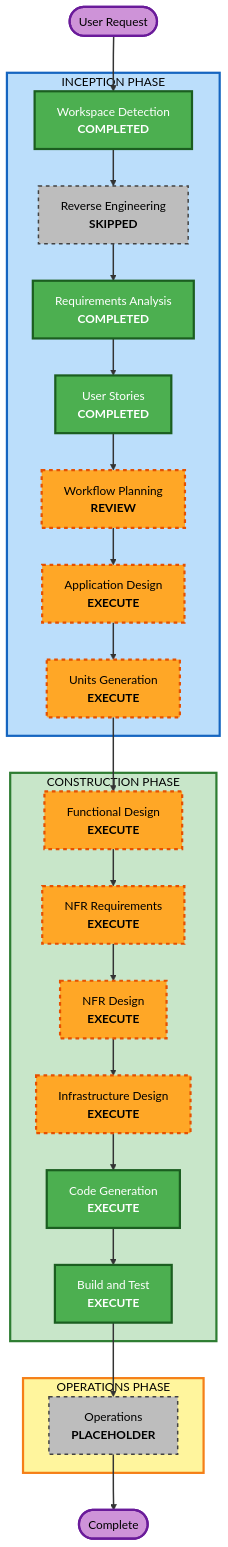
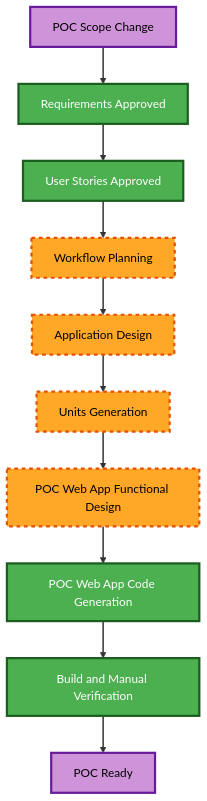
One commit to sameerb99x/ai-dlc-dungeon-generator changed the diagram in aidlc-docs/inception/plans/execution-plan.md. Above: the diagram before and after it, drawn with Mermaid. The commit also changed other lines of this file and 48 other files, not shown here.

Commit message:
build: add playable dungeon generator poc

````diff
--- a/aidlc-docs/inception/plans/execution-plan.md
+++ b/aidlc-docs/inception/plans/execution-plan.md
@@ -63,65 +21,24 @@
 ```mermaid
 flowchart TD
-    Start(["User Request"])
+    Start["POC Scope Change"] --> Req["Requirements Approved"]
+    Req --> Stories["User Stories Approved"]
+    Stories --> Workflow["Workflow Planning"]
+    Workflow --> App["Application Design"]
+    App --> Units["Units Generation"]
+    Units --> UnitDesign["POC Web App Functional Design"]
+    UnitDesign --> UnitCode["POC Web App Code Generation"]
+    UnitCode --> Build["Build and Manual Verification"]
+    Build --> End["POC Ready"]
 
-    subgraph INCEPTION["INCEPTION PHASE"]
-        WD["Workspace Detection<br/><b>COMPLETED</b>"]
-        RE["Reverse Engineering<br/><b>SKIPPED</b>"]
-        RA["Requirements Analysis<br/><b>COMPLETED</b>"]
-        US["User Stories<br/><b>COMPLETED</b>"]
-        WP["Workflow Planning<br/><b>REVIEW</b>"]
-        AD["Application Design<br/><b>EXECUTE</b>"]
-        UG["Units Generation<br/><b>EXECUTE</b>"]
-    end
-
-    subgraph CONSTRUCTION["CONSTRUCTION PHASE"]
-        FD["Functional Design<br/><b>EXECUTE</b>"]
-        NFRA["NFR Requirements<br/><b>EXECUTE</b>"]
-        NFRD["NFR Design<br/><b>EXECUTE</b>"]
-        ID["Infrastructure Design<br/><b>EXECUTE</b>"]
-        CG["Code Generation<br/><b>EXECUTE</b>"]
-        BT["Build and Test<br/><b>EXECUTE</b>"]
-    end
-
-    subgraph OPERATIONS["OPERATIONS PHASE"]
-        OPS["Operations<br/><b>PLACEHOLDER</b>"]
-    end
-
-    Start --> WD
-    WD --> RE
-    RE --> RA
-    RA --> US
-    US --> WP
-    WP --> AD
-    AD --> UG
-    UG --> FD
-    FD --> NFRA
-    NFRA --> NFRD
-    NFRD --> ID
-    ID --> CG
-    CG --> BT
-    BT --> OPS
-    OPS --> End(["Complete"])
-
-    style WD fill:#4CAF50,stroke:#1B5E20,stroke-width:3px,color:#fff
-    style RE fill:#BDBDBD,stroke:#424242,stroke-width:2px,stroke-dasharray:5 5,color:#000
-    style RA fill:#4CAF50,stroke:#1B5E20,stroke-width:3px,color:#fff
-    style US fill:#4CAF50,stroke:#1B5E20,stroke-width:3px,color:#fff
-    style WP fill:#FFA726,stroke:#E65100,stroke-width:3px,stroke-dasharray:5 5,color:#000
-    style AD fill:#FFA726,stroke:#E65100,stroke-width:3px,stroke-dasharray:5 5,color:#000
-    style UG fill:#FFA726,stroke:#E65100,stroke-width:3px,stroke-dasharray:5 5,color:#000
-    style FD fill:#FFA726,stroke:#E65100,stroke-width:3px,stroke-dasharray:5 5,color:#000
-    style NFRA fill:#FFA726,stroke:#E65100,stroke-width:3px,stroke-dasharray:5 5,color:#000
-    style NFRD fill:#FFA726,stroke:#E65100,stroke-width:3px,stroke-dasharray:5 5,color:#000
-    style ID fill:#FFA726,stroke:#E65100,stroke-width:3px,stroke-dasharray:5 5,color:#000
-    style CG fill:#4CAF50,stroke:#1B5E20,stroke-width:3px,color:#fff
-    style BT fill:#4CAF50,stroke:#1B5E20,stroke-width:3px,color:#fff
-    style OPS fill:#BDBDBD,stroke:#424242,stroke-width:2px,stroke-dasharray:5 5,color:#000
     style Start fill:#CE93D8,stroke:#6A1B9A,stroke-width:3px,color:#000
+    style Req fill:#4CAF50,stroke:#1B5E20,stroke-width:3px,color:#fff
+    style Stories fill:#4CAF50,stroke:#1B5E20,stroke-width:3px,color:#fff
+    style Workflow fill:#FFA726,stroke:#E65100,stroke-width:3px,stroke-dasharray: 5 5,color:#000
+    style App fill:#FFA726,stroke:#E65100,stroke-width:3px,stroke-dasharray: 5 5,color:#000
+    style Units fill:#FFA726,stroke:#E65100,stroke-width:3px,stroke-dasharray: 5 5,color:#000
+    style UnitDesign fill:#FFA726,stroke:#E65100,stroke-width:3px,stroke-dasharray: 5 5,color:#000
+    style UnitCode fill:#4CAF50,stroke:#1B5E20,stroke-width:3px,color:#fff
+    style Build fill:#4CAF50,stroke:#1B5E20,stroke-width:3px,color:#fff
     style End fill:#CE93D8,stroke:#6A1B9A,stroke-width:3px,color:#000
-    style INCEPTION fill:#BBDEFB,stroke:#1565C0,stroke-width:3px,color:#000
-    style CONSTRUCTION fill:#C8E6C9,stroke:#2E7D32,stroke-width:3px,color:#000
-    style OPERATIONS fill:#FFF59D,stroke:#F57F17,stroke-width:3px,color:#000
-
     linkStyle default stroke:#333,stroke-width:2px
 ```
````
